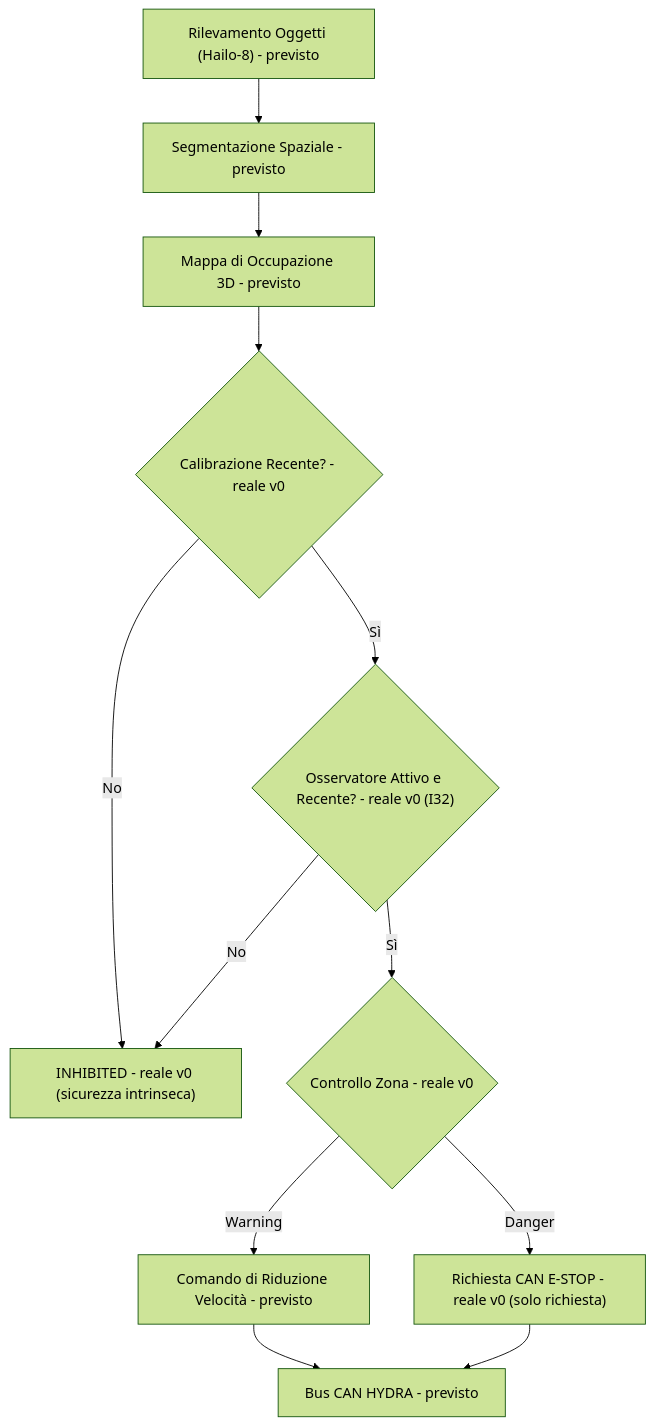
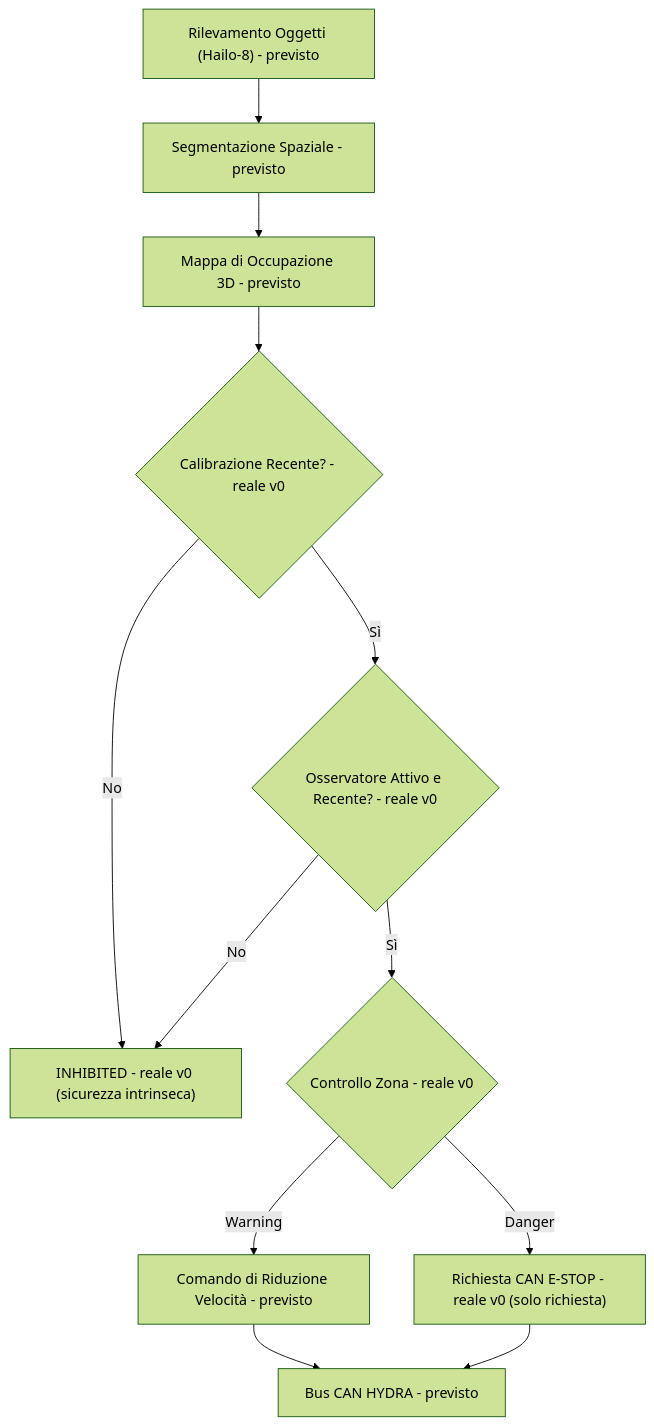
The diagram in README_ita.md (JuanenRac/HYDRA-UMC-SAFETY-ZONES), drawn with Mermaid (forest theme) before and after one commit. The commit also changed other lines of this file and 8 other files, not shown here.

````diff
--- a/README_ita.md
+++ b/README_ita.md
@@ -49,14 +49,14 @@
 ```mermaid
 flowchart TB
     DET["Rilevamento Oggetti (Hailo-8) - previsto"] --> SEG["Segmentazione Spaziale - previsto"]
     SEG --> MAP["Mappa di Occupazione 3D - previsto"]
     MAP --> CAL{"Calibrazione Recente? - reale v0"}
     CAL -- No --> INHIBIT["INHIBITED - reale v0 (sicurezza intrinseca)"]
-    CAL -- Sì --> OBS{"Osservatore Attivo e Recente? - reale v0 (I32)"}
+    CAL -- Sì --> OBS{"Osservatore Attivo e Recente? - reale v0"}
     OBS -- No --> INHIBIT
     OBS -- Sì --> ZONE{"Controllo Zona - reale v0"}
     ZONE -- Warning --> SLOW["Comando di Riduzione Velocità - previsto"]
     ZONE -- Danger --> STOP["Richiesta CAN E-STOP - reale v0 (solo richiesta)"]
     SLOW --> CAN["Bus CAN HYDRA - previsto"]
     STOP --> CAN
 ```
````
